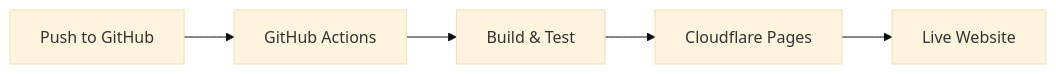
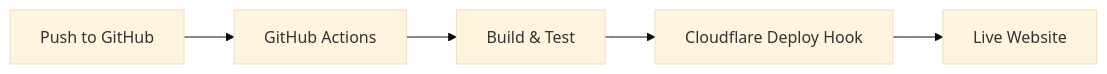
Before and after one commit to goetsch-io/goetsch-site: the diagram in HYBRID_CICD.md, drawn with Mermaid (base theme). The commit also changed other lines of this file and 3 other files, not shown here.

Commit message:
Implement improved hybrid CI/CD with Cloudflare Deploy Hooks

````diff
--- a/HYBRID_CICD.md
+++ b/HYBRID_CICD.md
@@ -7,7 +7,7 @@
 ```mermaid
 flowchart LR
     A[Push to GitHub] --> B[GitHub Actions]
     B --> C[Build & Test]
-    C --> D[Cloudflare Pages]
+    C --> D[Cloudflare Deploy Hook]
     D --> E[Live Website]
 ```
````
